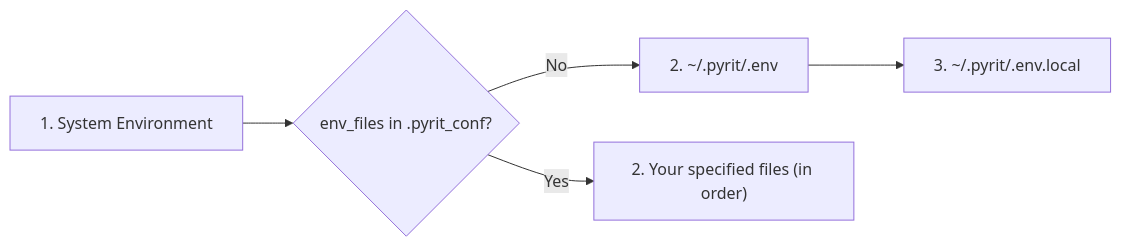
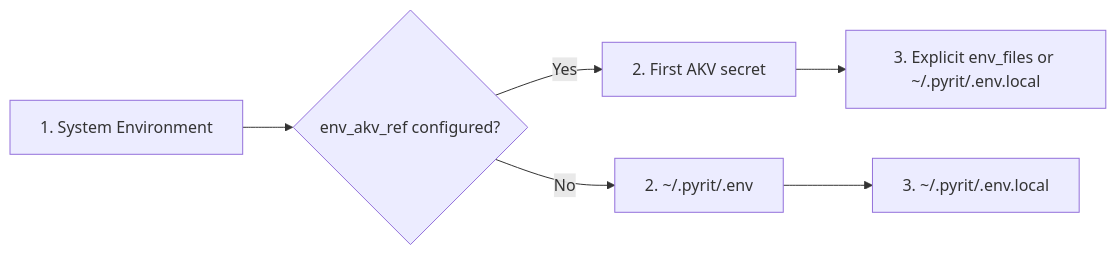
The first of 2 diagrams in doc/getting_started/pyrit_conf.md (microsoft/PyRIT), drawn with Mermaid before and after one commit. The commit also changed other lines of this file and 3 other files, not shown here.

````diff
--- a/doc/getting_started/pyrit_conf.md
+++ b/doc/getting_started/pyrit_conf.md
@@ -33,7 +33,8 @@
 ```{mermaid}
 flowchart LR
-    A["1. System Environment"] --> B{"env_files in .pyrit_conf?"}
-    B -->|No| C["2. ~/.pyrit/.env"]
-    C --> D["3. ~/.pyrit/.env.local"]
-    B -->|Yes| E["2. Your specified files (in order)"]
+  A["1. System Environment"] --> B{"env_akv_ref configured?"}
+  B -->|Yes| C["2. First AKV secret"]
+  B -->|No| D["2. ~/.pyrit/.env"]
+  C --> E["3. Explicit env_files or ~/.pyrit/.env.local"]
+  D --> F["3. ~/.pyrit/.env.local"]
 ```
````
